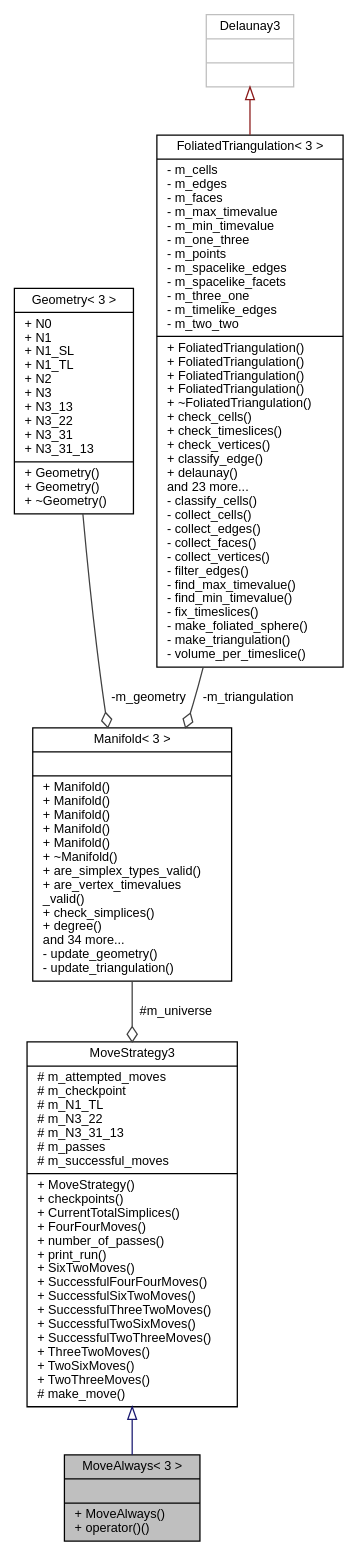
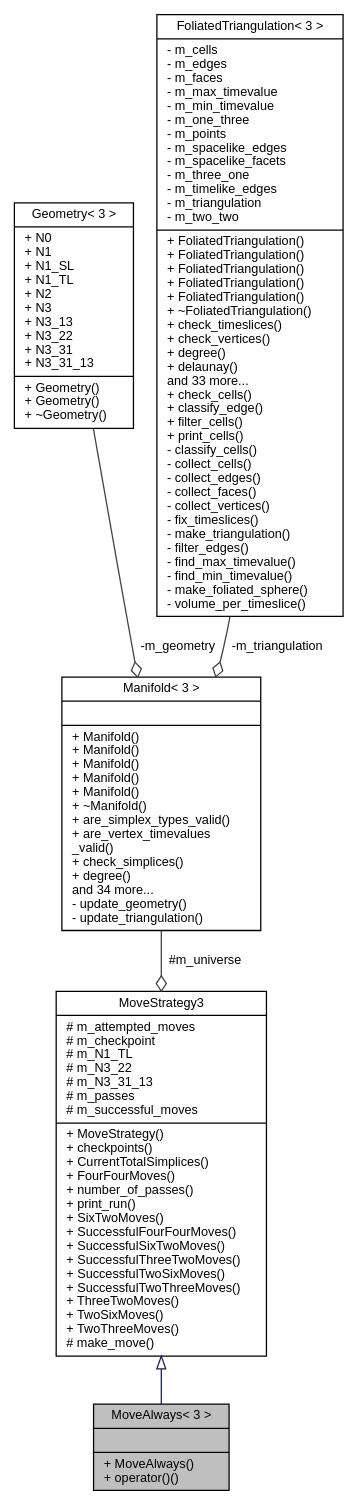
The diagram in class_move_always_3_013_01_4__coll__graph.dot (acgetchell/CDT-plusplus), drawn with Graphviz before and after one commit. The commit also changed 263 other files, not shown here.

```diff
--- a/class_move_always_3_013_01_4__coll__graph.dot
+++ b/class_move_always_3_013_01_4__coll__graph.dot
@@ -1,17 +1,15 @@
 digraph "MoveAlways&lt; 3 &gt;"
 {
  // LATEX_PDF_SIZE
   edge [fontname="Helvetica",fontsize="10",labelfontname="Helvetica",labelfontsize="10"];
   node [fontname="Helvetica",fontsize="10",shape=record];
   Node1 [label="{MoveAlways\< 3 \>\n||+ MoveAlways()\l+ operator()()\l}",height=0.2,width=0.4,color="black", fillcolor="grey75", style="filled", fontcolor="black",tooltip=" "];
   Node2 -> Node1 [dir="back",color="midnightblue",fontsize="10",style="solid",arrowtail="onormal",fontname="Helvetica"];
   Node2 [label="{MoveStrategy3\n|# m_attempted_moves\l# m_checkpoint\l# m_N1_TL\l# m_N3_22\l# m_N3_31_13\l# m_passes\l# m_successful_moves\l|+ MoveStrategy()\l+ checkpoints()\l+ CurrentTotalSimplices()\l+ FourFourMoves()\l+ number_of_passes()\l+ print_run()\l+ SixTwoMoves()\l+ SuccessfulFourFourMoves()\l+ SuccessfulSixTwoMoves()\l+ SuccessfulThreeTwoMoves()\l+ SuccessfulTwoSixMoves()\l+ SuccessfulTwoThreeMoves()\l+ ThreeTwoMoves()\l+ TwoSixMoves()\l+ TwoThreeMoves()\l# make_move()\l}",height=0.2,width=0.4,color="black", fillcolor="white", style="filled",URL="$class_move_strategy_3_013_01_4.html",tooltip=" "];
   Node3 -> Node2 [color="grey25",fontsize="10",style="solid",label=" #m_universe" ,arrowhead="odiamond",fontname="Helvetica"];
   Node3 [label="{Manifold\< 3 \>\n||+ Manifold()\l+ Manifold()\l+ Manifold()\l+ Manifold()\l+ Manifold()\l+ ~Manifold()\l+ are_simplex_types_valid()\l+ are_vertex_timevalues\l_valid()\l+ check_simplices()\l+ degree()\land 34 more...\l- update_geometry()\l- update_triangulation()\l}",height=0.2,width=0.4,color="black", fillcolor="white", style="filled",URL="$class_manifold_3_013_01_4.html",tooltip="3D Manifold"];
   Node4 -> Node3 [color="grey25",fontsize="10",style="solid",label=" -m_geometry" ,arrowhead="odiamond",fontname="Helvetica"];
   Node4 [label="{Geometry\< 3 \>\n|+ N0\l+ N1\l+ N1_SL\l+ N1_TL\l+ N2\l+ N3\l+ N3_13\l+ N3_22\l+ N3_31\l+ N3_31_13\l|+ Geometry()\l+ Geometry()\l+ ~Geometry()\l}",height=0.2,width=0.4,color="black", fillcolor="white", style="filled",URL="$struct_geometry_3_013_01_4.html",tooltip="3D Geometry"];
   Node5 -> Node3 [color="grey25",fontsize="10",style="solid",label=" -m_triangulation" ,arrowhead="odiamond",fontname="Helvetica"];
-  Node5 [label="{FoliatedTriangulation\< 3 \>\n|- m_cells\l- m_edges\l- m_faces\l- m_max_timevalue\l- m_min_timevalue\l- m_one_three\l- m_points\l- m_spacelike_edges\l- m_spacelike_facets\l- m_three_one\l- m_timelike_edges\l- m_two_two\l|+ FoliatedTriangulation()\l+ FoliatedTriangulation()\l+ FoliatedTriangulation()\l+ FoliatedTriangulation()\l+ ~FoliatedTriangulation()\l+ check_cells()\l+ check_timeslices()\l+ check_vertices()\l+ classify_edge()\l+ delaunay()\land 23 more...\l- classify_cells()\l- collect_cells()\l- collect_edges()\l- collect_faces()\l- collect_vertices()\l- filter_edges()\l- find_max_timevalue()\l- find_min_timevalue()\l- fix_timeslices()\l- make_foliated_sphere()\l- make_triangulation()\l- volume_per_timeslice()\l}",height=0.2,width=0.4,color="black", fillcolor="white", style="filled",URL="$class_foliated_triangulation_3_013_01_4.html",tooltip="3D Triangulation"];
-  Node6 -> Node5 [dir="back",color="firebrick4",fontsize="10",style="solid",arrowtail="onormal",fontname="Helvetica"];
-  Node6 [label="{Delaunay3\n||}",height=0.2,width=0.4,color="grey75", fillcolor="white", style="filled",tooltip=" "];
+  Node5 [label="{FoliatedTriangulation\< 3 \>\n|- m_cells\l- m_edges\l- m_faces\l- m_max_timevalue\l- m_min_timevalue\l- m_one_three\l- m_points\l- m_spacelike_edges\l- m_spacelike_facets\l- m_three_one\l- m_timelike_edges\l- m_triangulation\l- m_two_two\l|+ FoliatedTriangulation()\l+ FoliatedTriangulation()\l+ FoliatedTriangulation()\l+ FoliatedTriangulation()\l+ FoliatedTriangulation()\l+ ~FoliatedTriangulation()\l+ check_timeslices()\l+ check_vertices()\l+ degree()\l+ delaunay()\land 33 more...\l+ check_cells()\l+ classify_edge()\l+ filter_cells()\l+ print_cells()\l- classify_cells()\l- collect_cells()\l- collect_edges()\l- collect_faces()\l- collect_vertices()\l- fix_timeslices()\l- make_triangulation()\l- filter_edges()\l- find_max_timevalue()\l- find_min_timevalue()\l- make_foliated_sphere()\l- volume_per_timeslice()\l}",height=0.2,width=0.4,color="black", fillcolor="white", style="filled",URL="$class_foliated_triangulation_3_013_01_4.html",tooltip="3D Triangulation"];
 }
```
